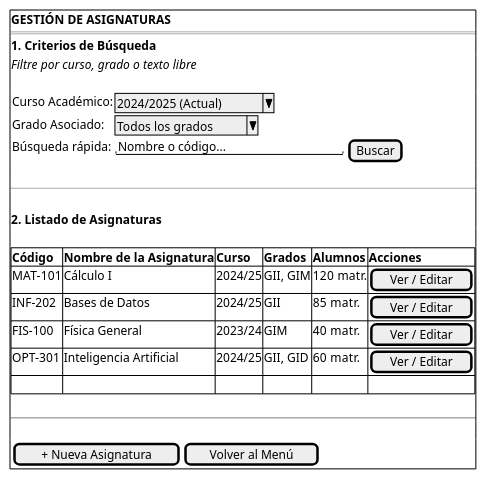
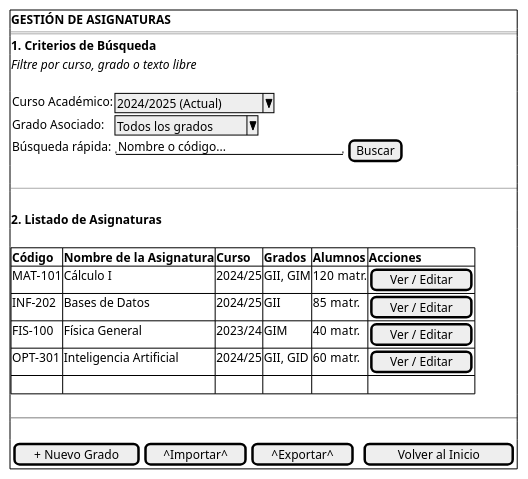
One commit to martinlopez7/25-26-IdSw1-SdR changed the diagram in documents/casos-de-uso/prototipadoCasosDeUso/verAsignaturas/verAsignaturas.puml. Above: the diagram before and after it, drawn with PlantUML. The commit also changed 1 other file, not shown here.

Commit message:
Fix(cu): Botones de importar y exportar [refs #98]

```diff
--- a/documents/casos-de-uso/prototipadoCasosDeUso/verAsignaturas/verAsignaturas.puml
+++ b/documents/casos-de-uso/prototipadoCasosDeUso/verAsignaturas/verAsignaturas.puml
@@ -1,31 +1,32 @@
 @startsalt verAsignaturas_WIREFRAME
 {+
     <b>GESTIÓN DE ASIGNATURAS</b>
     ===
     <b>1. Criterios de Búsqueda</b>
     <i>Filtre por curso, grado o texto libre</i>
     .
     {
         Curso Académico: | ^2024/2025 (Actual)^
         Grado Asociado:  | ^Todos los grados^
         Búsqueda rápida: | "Nombre o código...          " | [Buscar]
     }
     .
     --
     .
     <b>2. Listado de Asignaturas</b>
     .
     {#
         <b>Código</b> | <b>Nombre de la Asignatura</b> | <b>Curso</b> | <b>Grados</b> | <b>Alumnos</b> | <b>Acciones</b>
         MAT-101 | Cálculo I | 2024/25 | GII, GIM | 120 matr. | [Ver / Editar]
         INF-202 | Bases de Datos | 2024/25 | GII | 85 matr. | [Ver / Editar]
         FIS-100 | Física General | 2023/24 | GIM | 40 matr. | [Ver / Editar]
         OPT-301 | Inteligencia Artificial | 2024/25 | GII, GID | 60 matr. | [Ver / Editar]
         . | . | . | . | . | .
     }
     .
     ~~
     .
-    { [ + Nueva Asignatura ] | [ Volver al Menú ] }
+    { [ + Nuevo Grado ] | [ ^Importar^ ] | [ ^Exportar^ ] | . | [ Volver al Inicio ] }
+}
 }
 @endsalt
```
